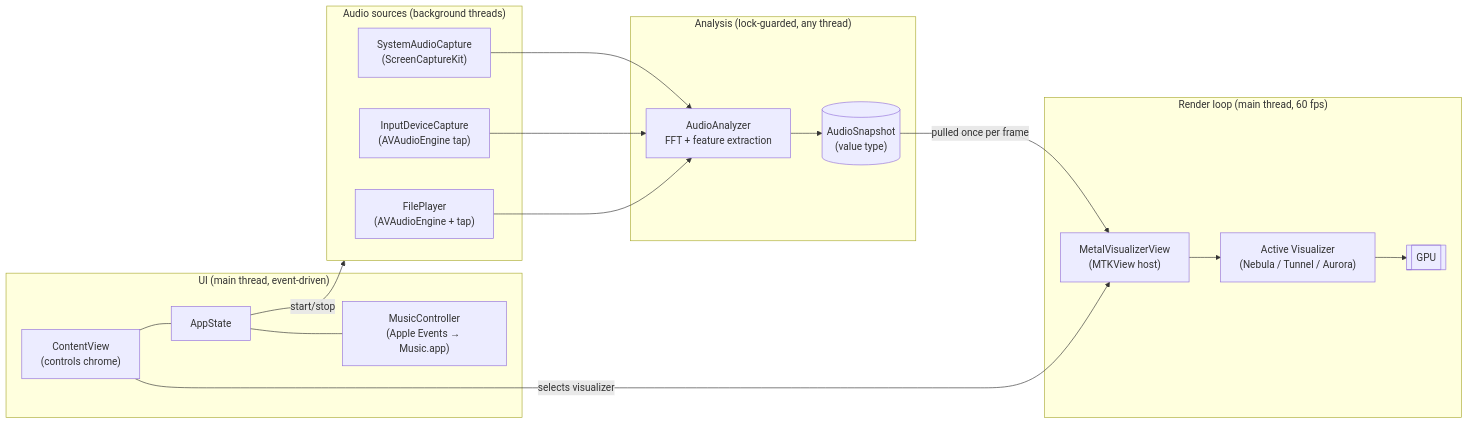
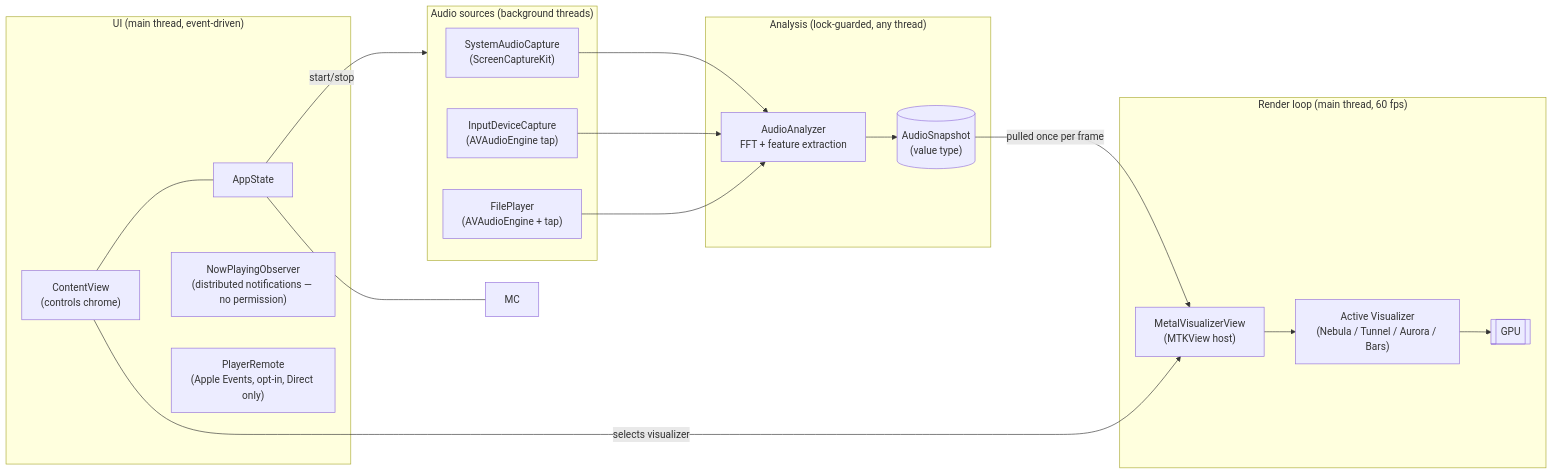
The first of 3 diagrams in docs/architecture.md (jonjaques/synesthia), drawn with Mermaid before and after one commit. The commit also changed other lines of this file and 78 other files, not shown here.

````diff
--- a/docs/architecture.md
+++ b/docs/architecture.md
@@ -15,36 +15,37 @@
 ```mermaid
 flowchart LR
     subgraph sources["Audio sources (background threads)"]
         SCK["SystemAudioCapture<br>(ScreenCaptureKit)"]
         MIC["InputDeviceCapture<br>(AVAudioEngine tap)"]
         FILE["FilePlayer<br>(AVAudioEngine + tap)"]
     end
 
     subgraph analysis["Analysis (lock-guarded, any thread)"]
         AN["AudioAnalyzer<br>FFT + feature extraction"]
         SNAP[("AudioSnapshot<br>(value type)")]
     end
 
     subgraph render["Render loop (main thread, 60 fps)"]
         MVV["MetalVisualizerView<br>(MTKView host)"]
-        VIZ["Active Visualizer<br>(Nebula / Tunnel / Aurora)"]
+        VIZ["Active Visualizer<br>(Nebula / Tunnel / Aurora / Bars)"]
         GPU[["GPU"]]
     end
 
     subgraph ui["UI (main thread, event-driven)"]
         AS["AppState"]
         CV["ContentView<br>(controls chrome)"]
-        MC["MusicController<br>(Apple Events → Music.app)"]
+        NP["NowPlayingObserver<br>(distributed notifications — no permission)"]
+        PR["PlayerRemote<br>(Apple Events, opt-in, Direct only)"]
     end
 
     SCK --> AN
     MIC --> AN
     FILE --> AN
     AN --> SNAP
     SNAP -- "pulled once per frame" --> MVV
     MVV --> VIZ --> GPU
     AS -- "start/stop" --> sources
     AS --- MC
     CV --- AS
     CV -- selects visualizer --> MVV
 ```
````
